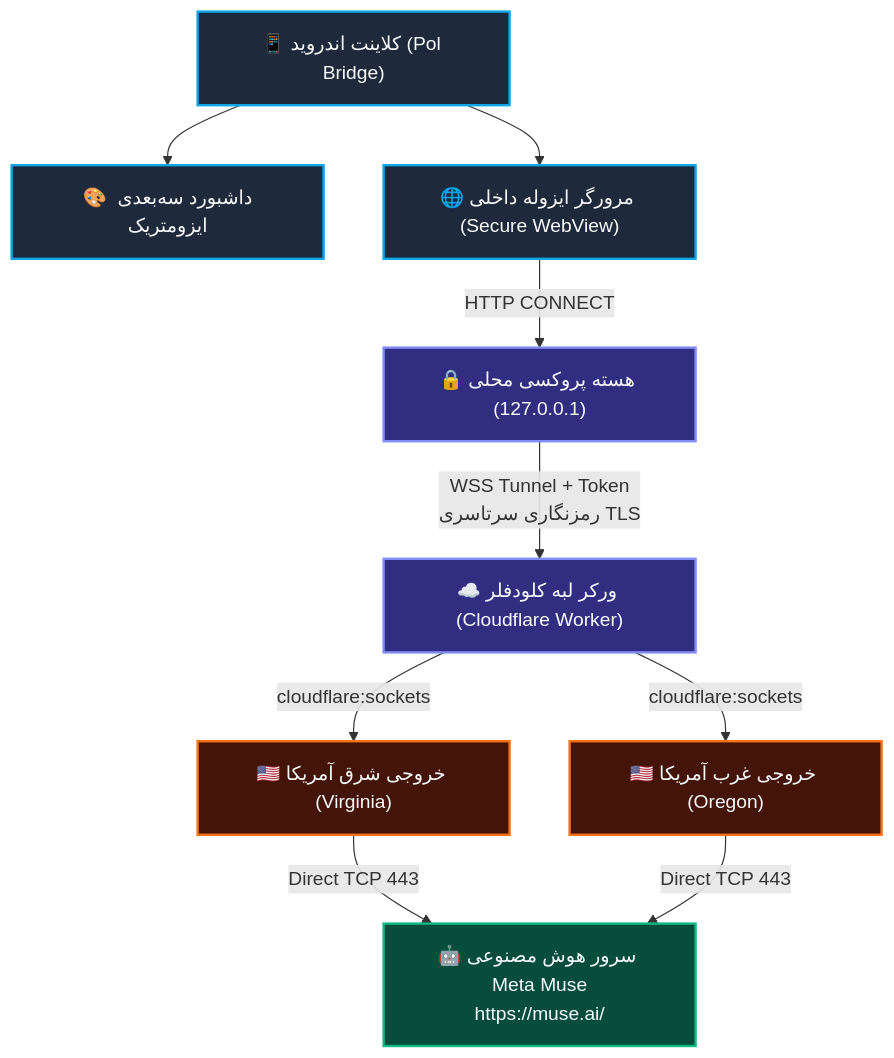
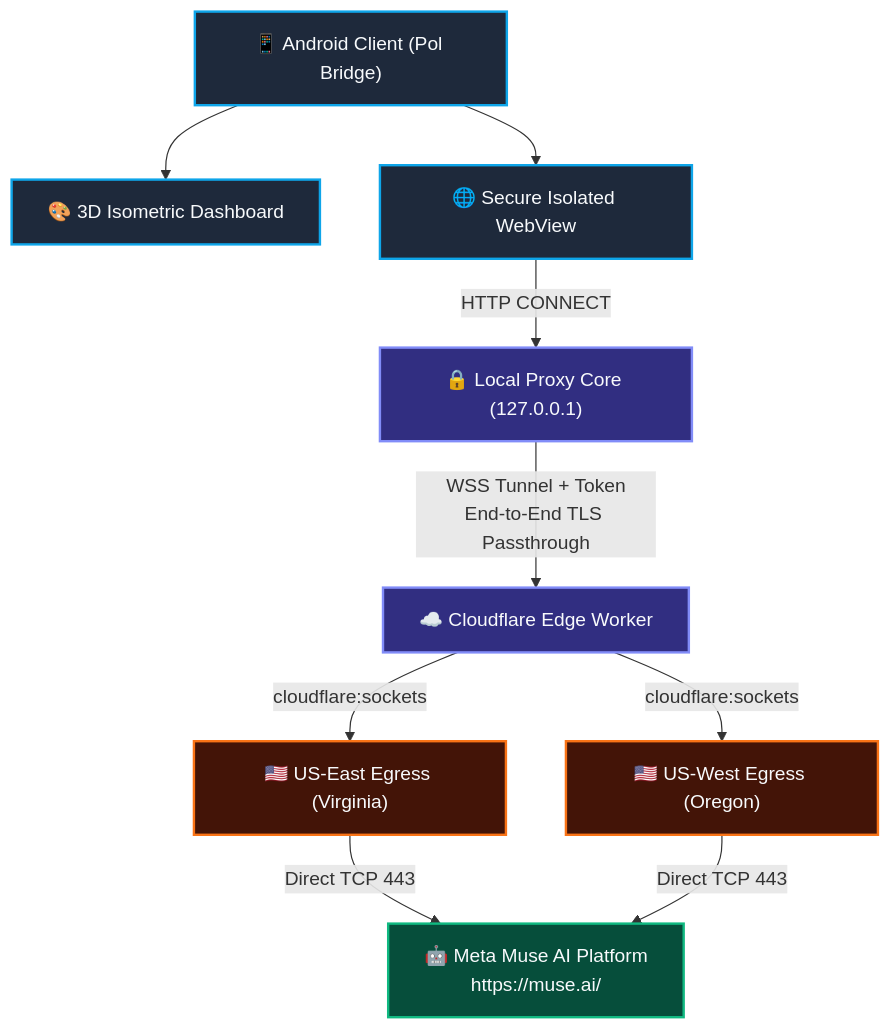
Before and after one commit to Solina-Projects/pol-cloudflare-bridge: the diagram in README.md, drawn with Mermaid. The commit also changed other lines of this file and 1 other file, not shown here.

````diff
--- a/README.md
+++ b/README.md
@@ -57,25 +55,25 @@
 ```mermaid
 graph TD
-    Client["📱 کلاینت اندروید (Pol Bridge)"] --> UI["🎨 داشبورد سه‌بعدی ایزومتریک"]
-    Client --> WebView["🌐 مرورگر ایزوله داخلی (Secure WebView)"]
+    Client["📱 Android Client (Pol Bridge)"] --> UI["🎨 3D Isometric Dashboard"]
+    Client --> WebView["🌐 Secure Isolated WebView"]
     
-    WebView -->|"HTTP CONNECT"| Proxy["🔒 هسته پروکسی محلی (127.0.0.1)"]
+    WebView -->|"HTTP CONNECT"| Proxy["🔒 Local Proxy Core (127.0.0.1)"]
     
-    Proxy -->|"WSS Tunnel + Token<br/>رمزنگاری سرتاسری TLS"| Worker["☁️ ورکر لبه کلودفلر (Cloudflare Worker)"]
+    Proxy -->|"WSS Tunnel + Token<br/>End-to-End TLS Passthrough"| Worker["☁️ Cloudflare Edge Worker"]
     
-    Worker -->|"cloudflare:sockets"| US_East["🇺🇸 خروجی شرق آمریکا (Virginia)"]
-    Worker -->|"cloudflare:sockets"| US_West["🇺🇸 خروجی غرب آمریکا (Oregon)"]
+    Worker -->|"cloudflare:sockets"| US_East["🇺🇸 US-East Egress (Virginia)"]
+    Worker -->|"cloudflare:sockets"| US_West["🇺🇸 US-West Egress (Oregon)"]
     
-    US_East -->|"Direct TCP 443"| Target["🤖 سرور هوش مصنوعی Meta Muse<br/>https://muse.ai/"]
+    US_East -->|"Direct TCP 443"| Target["🤖 Meta Muse AI Platform<br/>https://muse.ai/"]
     US_West -->|"Direct TCP 443"| Target
 
     classDef c1 fill:#1e293b,stroke:#0ea5e9,stroke-width:2px,color:#f8fafc;
     classDef c2 fill:#312e81,stroke:#818cf8,stroke-width:2px,color:#f8fafc;
     classDef c3 fill:#431407,stroke:#f97316,stroke-width:2px,color:#f8fafc;
     classDef c4 fill:#064e3b,stroke:#10b981,stroke-width:2px,color:#f8fafc;
 
     class Client,UI,WebView c1;
     class Proxy,Worker c2;
     class US_East,US_West c3;
     class Target c4;
 ```
````
